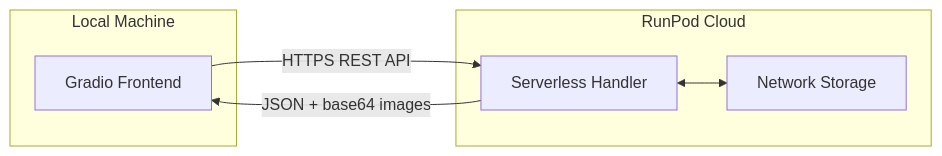
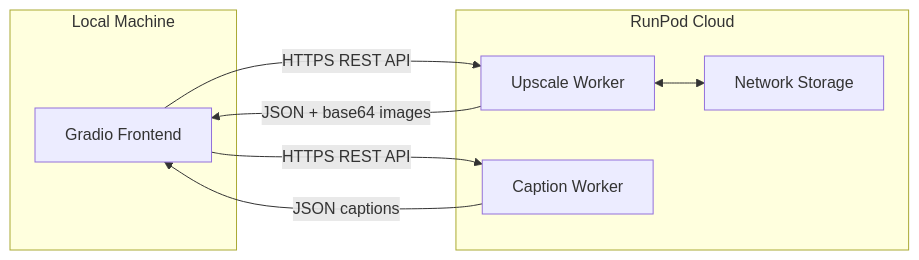
One commit to Coyote-A/ai-assets-toolbox changed the first of 5 diagrams in docs/ARCHITECTURE.md. Above: the diagram before and after it, drawn with Mermaid. The commit also changed other lines of this file and 26 other files, not shown here.

````diff
--- a/docs/ARCHITECTURE.md
+++ b/docs/ARCHITECTURE.md
@@ -23,15 +23,18 @@
 ```mermaid
 flowchart LR
     subgraph Local Machine
         A[Gradio Frontend]
     end
 
     subgraph RunPod Cloud
-        B[Serverless Handler]
-        C[Network Storage]
-        B <--> C
+        B[Upscale Worker]
+        C[Caption Worker]
+        D[Network Storage]
+        B <--> D
     end
 
     A -- HTTPS REST API --> B
+    A -- HTTPS REST API --> C
     B -- JSON + base64 images --> A
+    C -- JSON captions --> A
 ```
````
